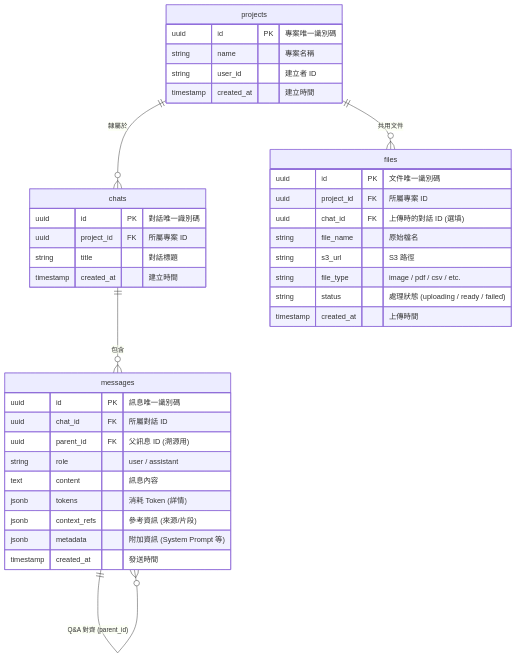
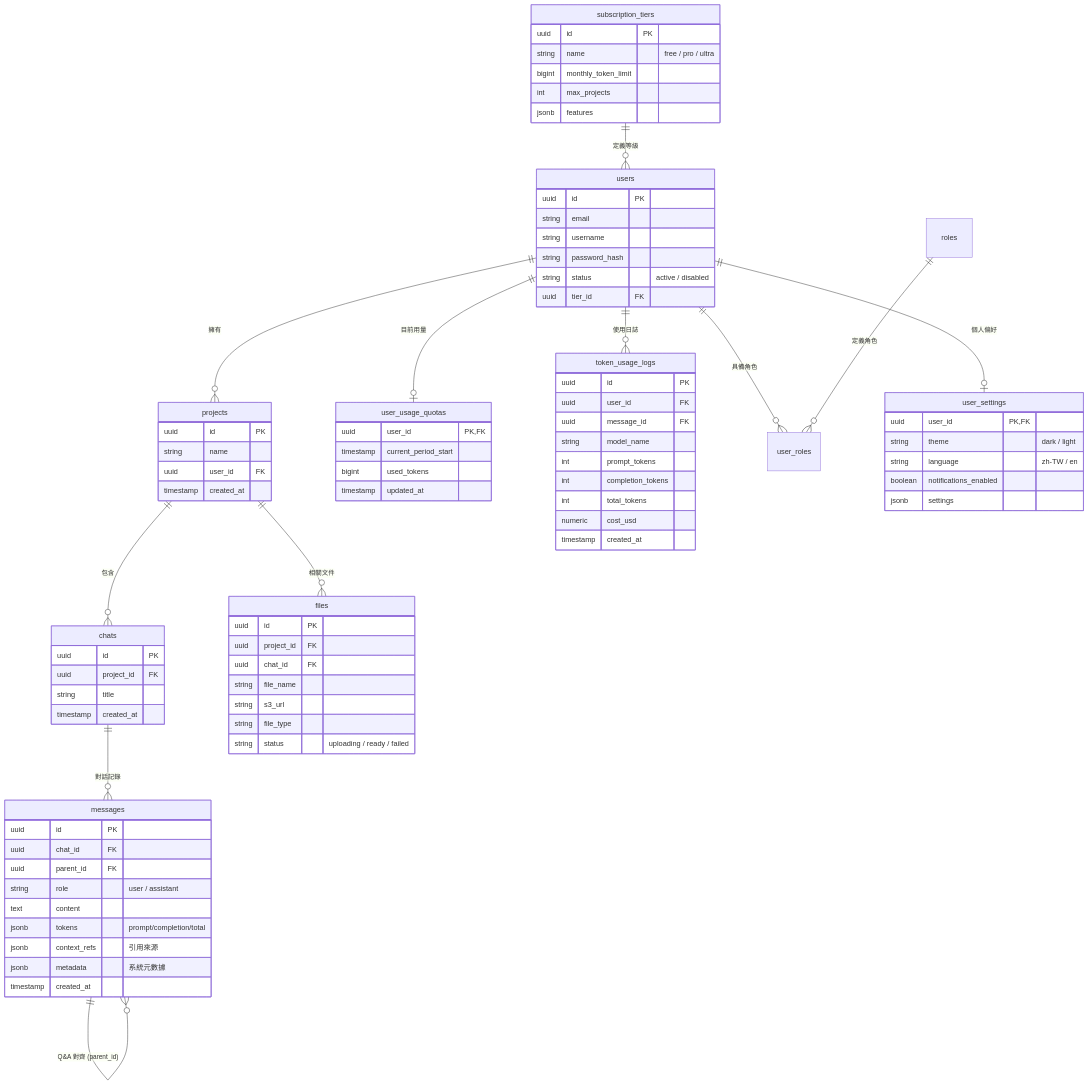
Before and after one commit to WilliamTsai1227/Stock-Insight-Chat: the diagram in specifications/database_spec.md, drawn with Mermaid. The commit also changed other lines of this file and 10 other files, not shown here.

````diff
--- a/specifications/database_spec.md
+++ b/specifications/database_spec.md
@@ -7,44 +7,94 @@
 ```mermaid
 erDiagram
-    projects ||--o{ chats : "隸屬於"
-    projects ||--o{ files : "共用文件"
-    chats ||--o{ messages : "包含"
+    subscription_tiers ||--o{ users : "定義等級"
+    users ||--o{ projects : "擁有"
+    users ||--o| user_usage_quotas : "目前用量"
+    users ||--o{ token_usage_logs : "使用日誌"
+    users ||--o{ user_roles : "具備角色"
+    roles ||--o{ user_roles : "定義角色"
+    users ||--o| user_settings : "個人偏好"
+    projects ||--o{ chats : "包含"
+    projects ||--o{ files : "相關文件"
+    chats ||--o{ messages : "對話記錄"
     messages ||--o{ messages : "Q&A 對齊 (parent_id)"
 
+    subscription_tiers {
+        uuid id PK
+        string name "free / pro / ultra"
+        bigint monthly_token_limit
+        int max_projects
+        jsonb features
+    }
+
+    users {
+        uuid id PK
+        string email
+        string username
+        string password_hash
+        string status "active / disabled"
+        uuid tier_id FK
+    }
+
+    user_usage_quotas {
+        uuid user_id PK, FK
+        timestamp current_period_start
+        bigint used_tokens
+        timestamp updated_at
+    }
+
+    token_usage_logs {
+        uuid id PK
+        uuid user_id FK
+        uuid message_id FK
+        string model_name
+        int prompt_tokens
+        int completion_tokens
+        int total_tokens
+        numeric cost_usd
+        timestamp created_at
+    }
+
+    user_settings {
+        uuid user_id PK, FK
+        string theme "dark / light"
+        string language "zh-TW / en"
+        boolean notifications_enabled
+        jsonb settings
+    }
+
     projects {
-        uuid id PK "專案唯一識別碼"
-        string name "專案名稱"
-        string user_id "建立者 ID"
-        timestamp created_at "建立時間"
+        uuid id PK
+        string name
+        uuid user_id FK
+        timestamp created_at
+    }
+
+    files {
+        uuid id PK
+        uuid project_id FK
+        uuid chat_id FK
+        string file_name
+        string s3_url
+        string file_type
+        string status "uploading / ready / failed"
     }
 
     chats {
-        uuid id PK "對話唯一識別碼"
-        uuid project_id FK "所屬專案 ID"
-        string title "對話標題"
-        timestamp created_at "建立時間"
+        uuid id PK
+        uuid project_id FK
+        string title
+        timestamp created_at
     }
 
     messages {
-        uuid id PK "訊息唯一識別碼"
-        uuid chat_id FK "所屬對話 ID"
-        uuid parent_id FK "父訊息 ID (溯源用)"
+        uuid id PK
+        uuid chat_id FK
+        uuid parent_id FK
         string role "user / assistant"
-        text content "訊息內容"
-        jsonb tokens "消耗 Token (詳情)"
-        jsonb context_refs "參考資訊 (來源/片段)"
-        jsonb metadata "附加資訊 (System Prompt 等)"
-        timestamp created_at "發送時間"
-    }
-
-    files {
-        uuid id PK "文件唯一識別碼"
-        uuid project_id FK "所屬專案 ID"
-        uuid chat_id FK "上傳時的對話 ID (選填)"
-        string file_name "原始檔名"
-        string s3_url "S3 路徑"
-        string file_type "image / pdf / csv / etc."
-        string status "處理狀態 (uploading / ready / failed)"
-        timestamp created_at "上傳時間"
+        text content
+        jsonb tokens "prompt/completion/total"
+        jsonb context_refs "引用來源"
+        jsonb metadata "系統元數據"
+        timestamp created_at
     }
 ```
````
